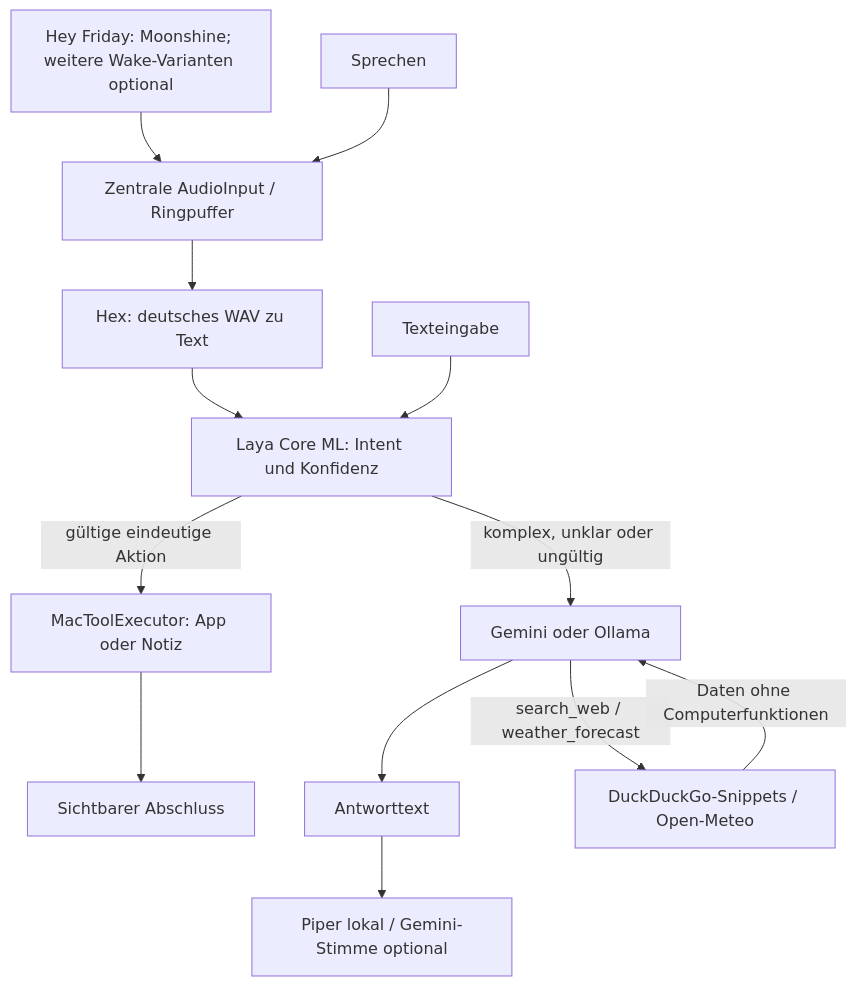
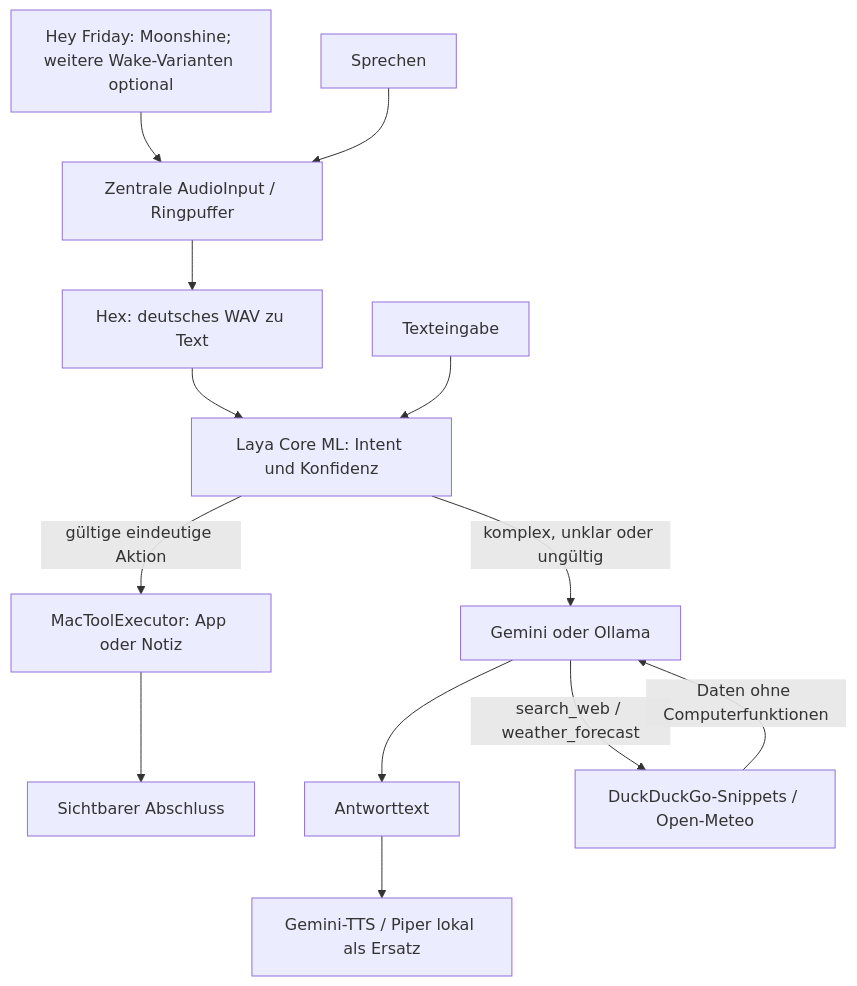
The diagram in docs/architecture.md (Taanel/hackday-2026-10-04), drawn with Mermaid before and after one commit. The commit also changed other lines of this file and 11 other files, not shown here.

Commit message:
fix: prefer Gemini speech and rotate three TTS models

````diff
--- a/docs/architecture.md
+++ b/docs/architecture.md
@@ -6,15 +6,15 @@
 ```mermaid
 flowchart TD
     Wake[Hey Friday: Moonshine; weitere Wake-Varianten optional] --> Capture[Zentrale AudioInput / Ringpuffer]
     Button[Sprechen] --> Capture
     Capture --> Hex[Hex: deutsches WAV zu Text]
     Hex --> Laya[Laya Core ML: Intent und Konfidenz]
     Text[Texteingabe] --> Laya
     Laya -->|gültige eindeutige Aktion| Tools[MacToolExecutor: App oder Notiz]
     Laya -->|komplex, unklar oder ungültig| LLM[Gemini oder Ollama]
     Tools --> Done[Sichtbarer Abschluss]
     LLM --> Reply[Antworttext]
     LLM -->|search_web / weather_forecast| Research[DuckDuckGo-Snippets / Open-Meteo]
     Research -->|Daten ohne Computerfunktionen| LLM
-    Reply --> TTS[Piper lokal / Gemini-Stimme optional]
+    Reply --> TTS[Gemini-TTS / Piper lokal als Ersatz]
 ```
````
